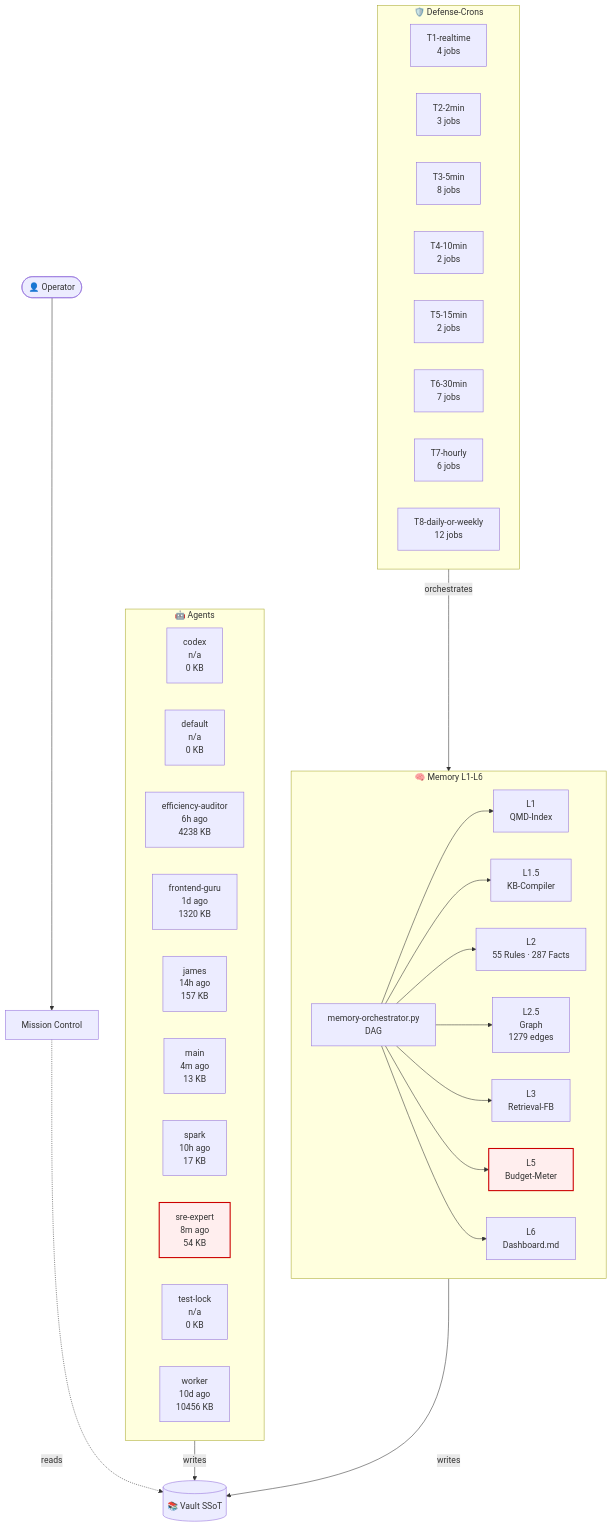
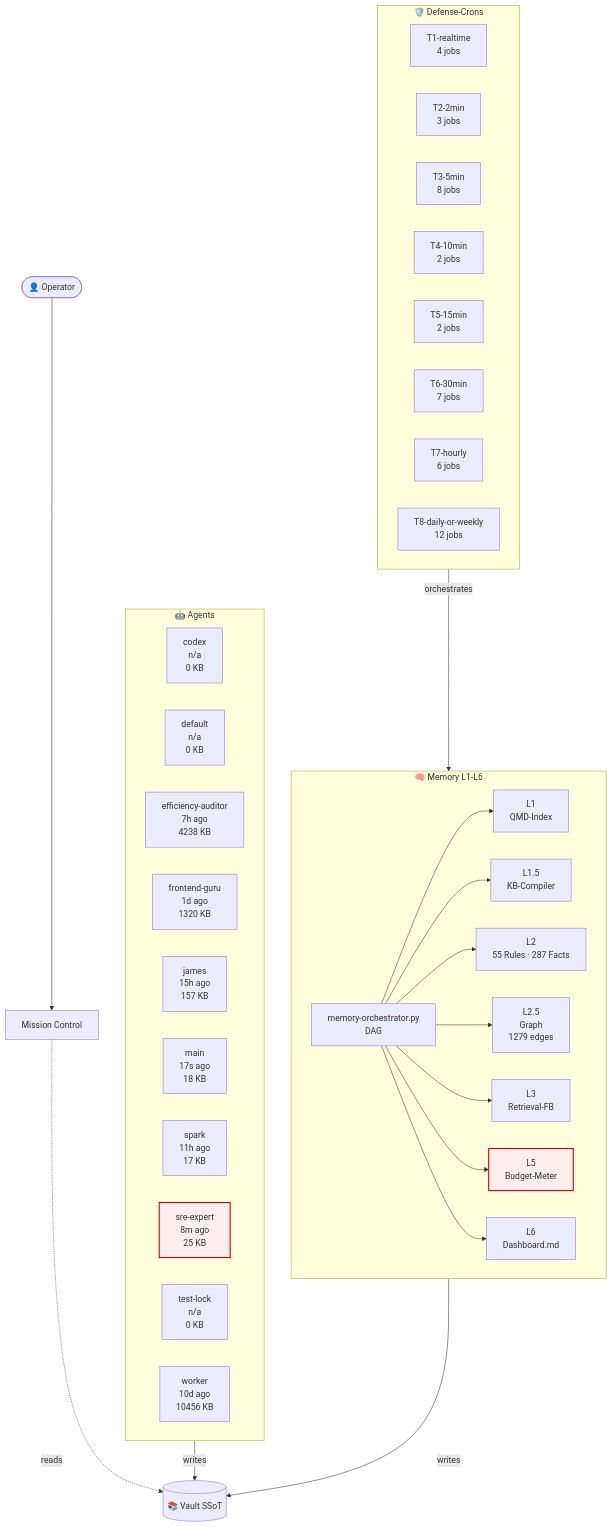
The diagram in 03-Agents/architecture-live.md (lenardhuebner88-rgb/openclaw-memory), drawn with Mermaid before and after one commit. The commit also changed other lines of this file and 15 other files, not shown here.

````diff
--- a/03-Agents/architecture-live.md
+++ b/03-Agents/architecture-live.md
@@ -18,53 +18,53 @@
 ```mermaid
 flowchart TB
     classDef critical fill:#fee,stroke:#c00,stroke-width:2px;
     subgraph AGT["🤖 Agents"]
         agent_codex["codex<br/>n/a<br/>0 KB"]
         agent_default["default<br/>n/a<br/>0 KB"]
-        agent_efficiency_auditor["efficiency-auditor<br/>6h ago<br/>4238 KB"]
+        agent_efficiency_auditor["efficiency-auditor<br/>7h ago<br/>4238 KB"]
         agent_frontend_guru["frontend-guru<br/>1d ago<br/>1320 KB"]
-        agent_james["james<br/>14h ago<br/>157 KB"]
-        agent_main["main<br/>4m ago<br/>13 KB"]
-        agent_spark["spark<br/>10h ago<br/>17 KB"]
-        agent_sre_expert["sre-expert<br/>8m ago<br/>54 KB"]
+        agent_james["james<br/>15h ago<br/>157 KB"]
+        agent_main["main<br/>17s ago<br/>18 KB"]
+        agent_spark["spark<br/>11h ago<br/>17 KB"]
+        agent_sre_expert["sre-expert<br/>8m ago<br/>25 KB"]
         agent_test_lock["test-lock<br/>n/a<br/>0 KB"]
         agent_worker["worker<br/>10d ago<br/>10456 KB"]
     end
     subgraph MEM["🧠 Memory L1-L6"]
         L1["L1<br/>QMD-Index"]
         L15["L1.5<br/>KB-Compiler"]
         L2["L2<br/>55 Rules · 287 Facts"]
         L25["L2.5<br/>Graph<br/>1279 edges"]
         L3["L3<br/>Retrieval-FB"]
         L5["L5<br/>Budget-Meter"]
         L6["L6<br/>Dashboard.md"]
         ORCH["memory-orchestrator.py<br/>DAG"]
     end
     subgraph CRN["🛡️ Defense-Crons"]
         tier_T1_realtime["T1-realtime<br/>4 jobs"]
         tier_T2_2min["T2-2min<br/>3 jobs"]
         tier_T3_5min["T3-5min<br/>8 jobs"]
         tier_T4_10min["T4-10min<br/>2 jobs"]
         tier_T5_15min["T5-15min<br/>2 jobs"]
         tier_T6_30min["T6-30min<br/>7 jobs"]
         tier_T7_hourly["T7-hourly<br/>6 jobs"]
         tier_T8_daily_or_weekly["T8-daily-or-weekly<br/>12 jobs"]
     end
     VAULT[("📚 Vault SSoT")]
     OP([👤 Operator])
     MC["Mission Control"]
     OP --> MC
     MC -.reads.-> VAULT
     AGT -->|writes| VAULT
     MEM -->|writes| VAULT
     ORCH --> L1
     ORCH --> L15
     ORCH --> L2
     ORCH --> L25
     ORCH --> L3
     ORCH --> L5
     ORCH --> L6
     CRN -->|orchestrates| MEM
     class L5 critical
     class agent_sre_expert critical
 ```
````
